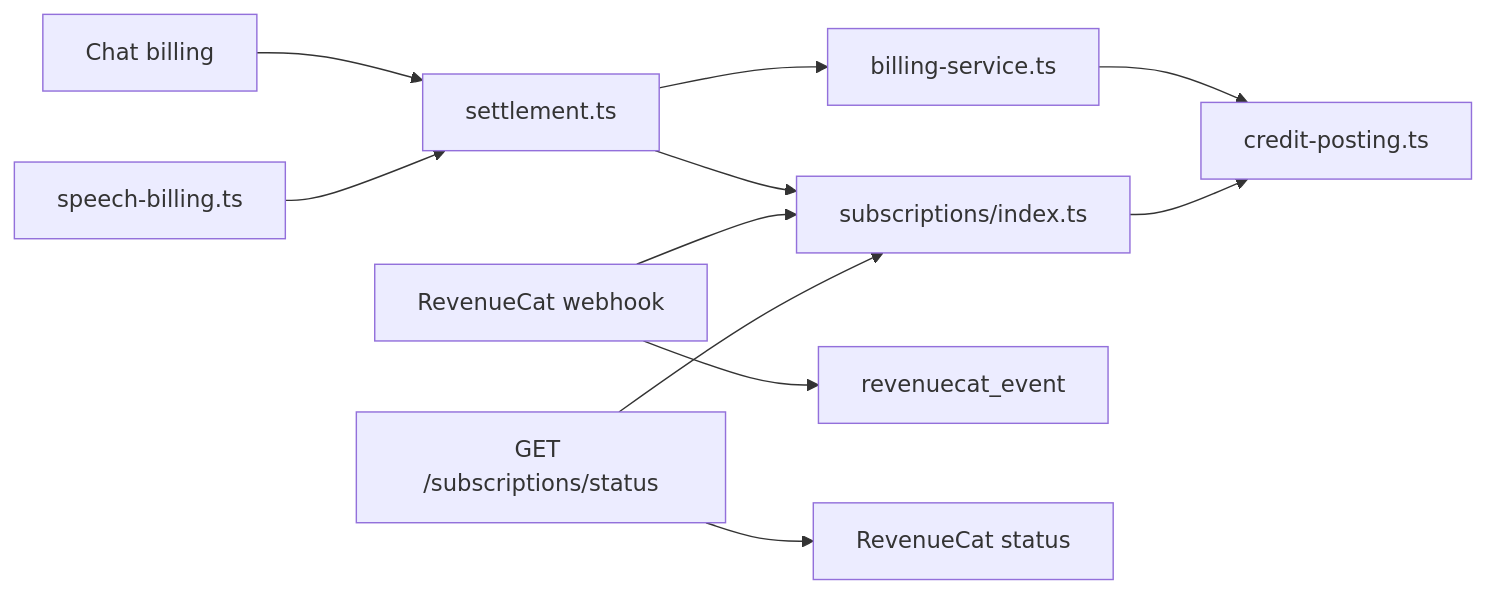
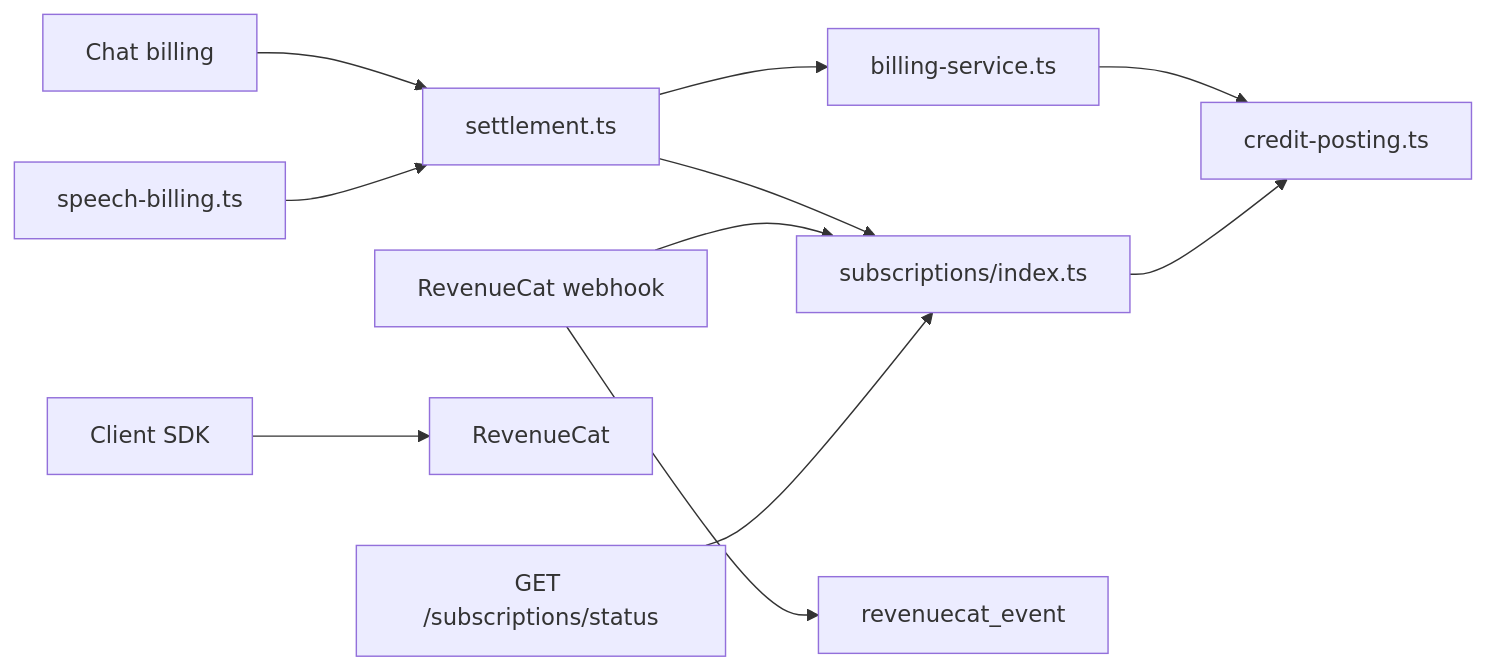
One commit to moeru-ai/airi changed the first of 2 diagrams in server/docs/ai/adr/2026-10-04-subscription-credits.md. Above: the diagram before and after it, drawn with Mermaid. The commit also changed other lines of this file and 15 other files, not shown here.

First line of the commit message:
refactor(revenuecat): read the current plan from the client SDK

````diff
--- a/server/docs/ai/adr/2026-10-04-subscription-credits.md
+++ b/server/docs/ai/adr/2026-10-04-subscription-credits.md
@@ -62,13 +61,13 @@
 ```mermaid
 flowchart LR
   Chat[Chat billing] --> Settle["settlement.ts"]
   Speech[speech-billing.ts] --> Settle
   Settle --> Subs["subscriptions/index.ts"]
   Settle --> Billing[billing-service.ts]
   Billing --> Credits[credit-posting.ts]
   Subs --> Credits
   Webhook[RevenueCat webhook] --> Log[revenuecat_event]
   Webhook --> Subs
-  Status["GET /subscriptions/status"] --> Reader[RevenueCat status]
-  Status --> Subs
+  Client[Client SDK] --> RC[RevenueCat]
+  Status["GET /subscriptions/status"] --> Subs
 ```
````
